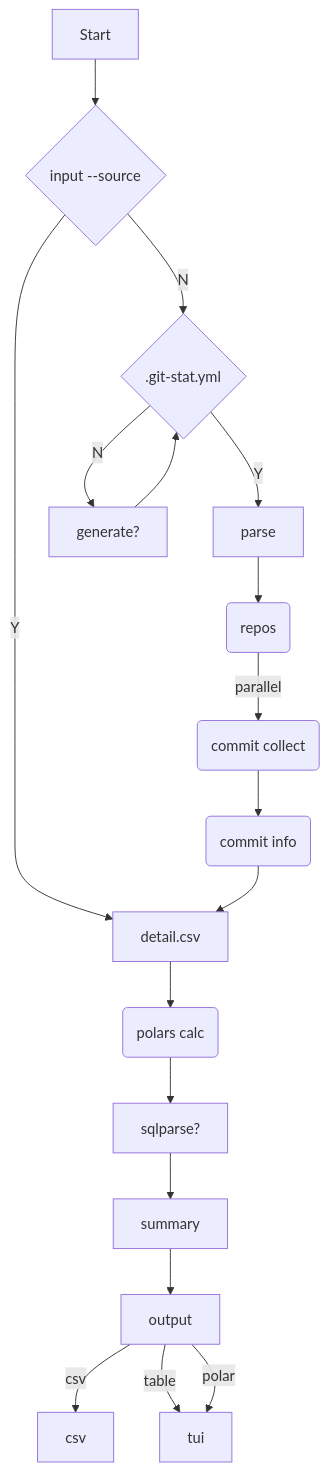
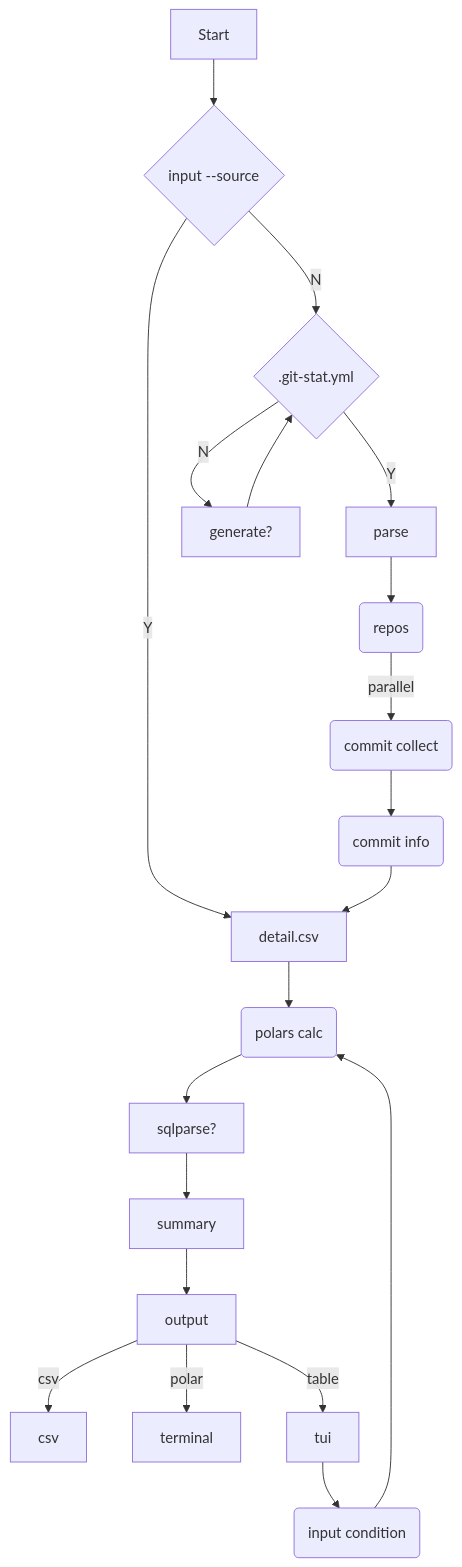
The diagram in README.md (26huitailang/git-stat), drawn with Mermaid before and after one commit. The commit also changed 19 other files, not shown here.

````diff
--- a/README.md
+++ b/README.md
@@ -17,12 +17,13 @@
 ```mermaid
 flowchart TD
 
 Start --> source{input --source} --> |Y|detail.csv
 source --> |N|config{.git-stat.yml}
 config --> |Y|parse --> R1(repos) -->|parallel| R2(commit collect)
 R2 --> commit-list(commit info) --> detail.csv --> polars
 config --> |N|generate? --> config
 polars(polars calc) --> sqlparse? --> summary --> output --> |csv|csv
+output --> |polar|terminal
 output --> |table|tui
-output --> |polar|tui
+tui-->filter(input condition) --> polars
 ```
````
